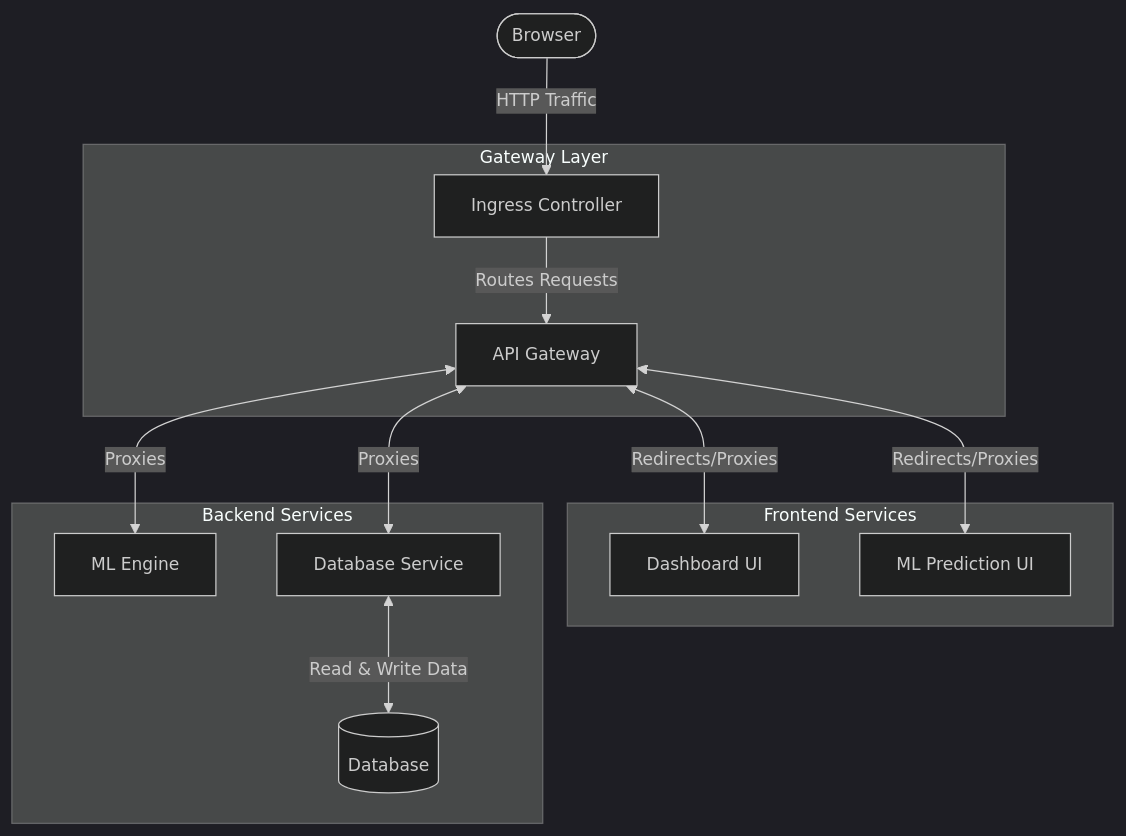
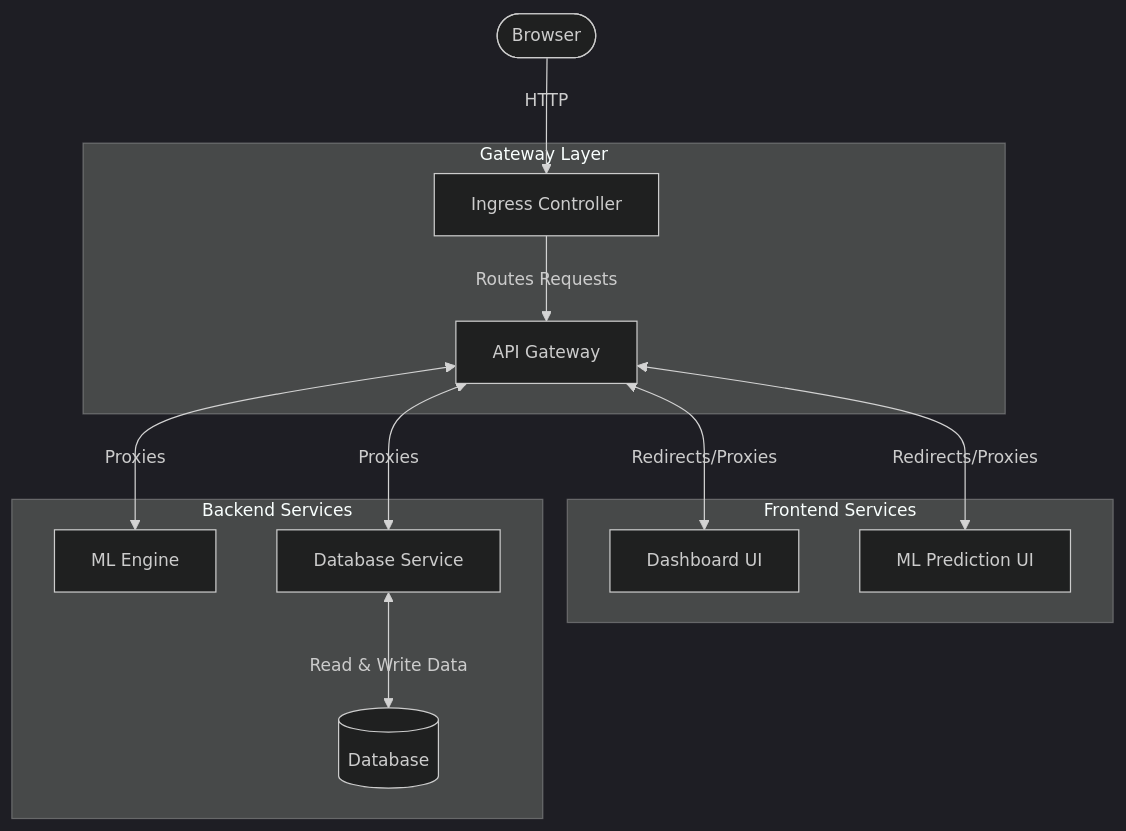
The diagram in README.md (g-yihao28a/AslamNo1Fan), drawn with Mermaid before and after one commit.

Commit message:
Change diagram styling

````diff
--- a/README.md
+++ b/README.md
@@ -308,39 +308,42 @@
 ```mermaid
 %%{init: {
   'theme': 'dark',
   'themeVariables': {
     'fontFamily': 'arial',
-    'fontSize': '14px'
+    'fontSize': '14px',
+    'edgeLabelBackground': 'transparent',
+    'tertiaryColor': 'transparent'
   },
   'flowchart': {
-    'curve': 'smooth'
+    'curve': 'smooth',
+    'htmlLabels': false
   }
 }}%%
 graph TD
     Client([Browser])
 
     subgraph Entrypoint [Gateway Layer]
         Ingress[Ingress Controller]
         A[API Gateway]
     end
 
     subgraph Frontend [Frontend Services]
         B[Dashboard UI]
         C[ML Prediction UI]
     end
 
     subgraph Backend [Backend Services]
         D[ML Engine]
         E[Database Service]
         F[(Database)]
     end
 
-    Client -->|HTTP Traffic| Ingress
+    Client -->|HTTP| Ingress
     Ingress -->|Routes Requests| A
 
     A <-->|Redirects/Proxies| B
     A <-->|Redirects/Proxies| C
     A <-->|Proxies| D
     A <-->|Proxies| E
     E <-->|Read & Write Data| F
 ```
````
